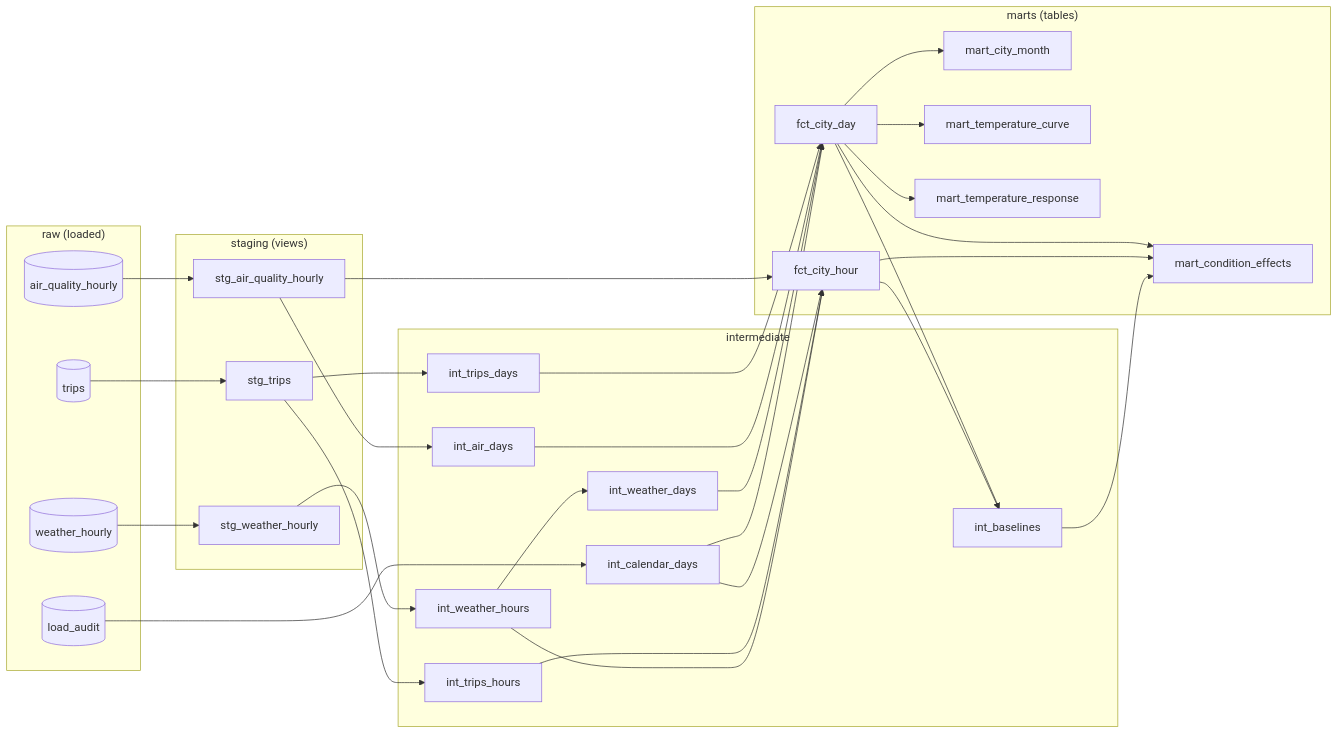
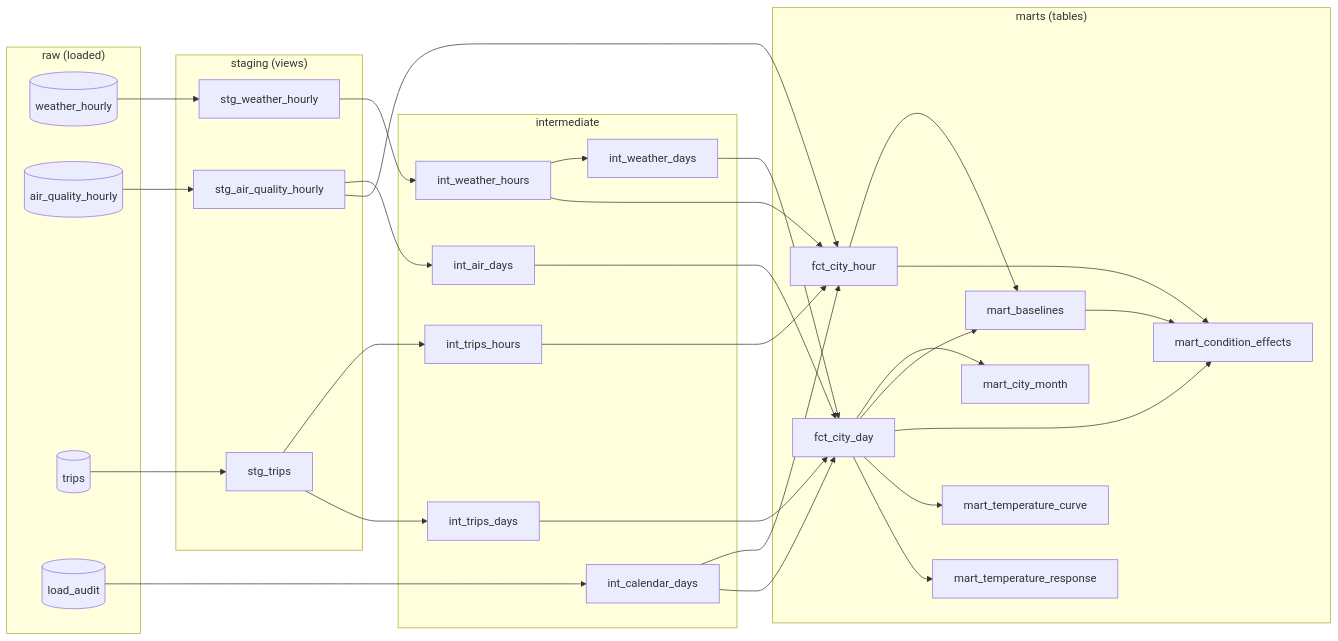
One commit to TomasRipsky/CityPulse_Analytics changed the second of 2 diagrams in docs/guide.md. Above: the diagram before and after it, drawn with Mermaid. The commit also changed other lines of this file and 13 other files, not shown here.

````diff
--- a/docs/guide.md
+++ b/docs/guide.md
@@ -535,41 +535,41 @@
 ```mermaid
 flowchart LR
   subgraph raw["raw (loaded)"]
     w[(weather_hourly)]
     a[(air_quality_hourly)]
     t[(trips)]
     la[(load_audit)]
   end
   subgraph stg["staging (views)"]
     sw[stg_weather_hourly]
     sa[stg_air_quality_hourly]
     st[stg_trips]
   end
   subgraph int["intermediate"]
     iwh[int_weather_hours]
     iwd[int_weather_days]
     iad[int_air_days]
     ith[int_trips_hours]
     itd[int_trips_days]
     cal[int_calendar_days]
-    base[int_baselines]
   end
   subgraph marts["marts (tables)"]
     fh[fct_city_hour]
     fd[fct_city_day]
     m[mart_city_month]
+    base[mart_baselines]
     ce[mart_condition_effects]
     tc[mart_temperature_curve]
     tr[mart_temperature_response]
   end
   w --> sw --> iwh --> iwd
   a --> sa --> iad
   t --> st --> ith & itd
   la --> cal
   iwh & ith & cal & sa --> fh
   cal & iwd & iad & itd --> fd
   fd --> m
   fh & fd --> base --> ce
   fh & fd --> ce
   fd --> tc & tr
 ```
````
